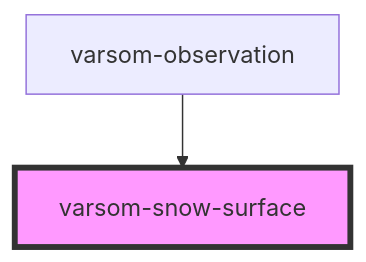
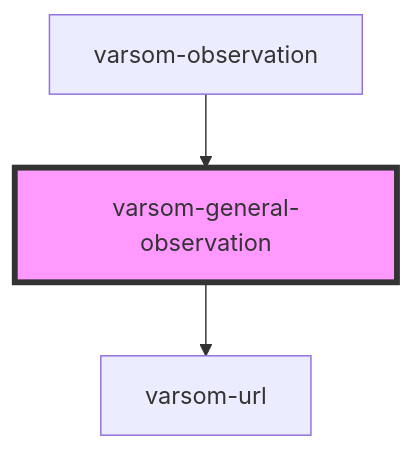
One commit to NVE/varsom-observation changed the diagram in observasjonskort/src/components/varsom-general-observation/readme.md. Above: the diagram before and after it, drawn with Mermaid. The commit also changed other lines of this file and 27 other files, not shown here.

````diff
--- a/observasjonskort/src/components/varsom-general-observation/readme.md
+++ b/observasjonskort/src/components/varsom-general-observation/readme.md
@@ -29,5 +32,6 @@
 ```mermaid
 graph TD;
-  varsom-observation --> varsom-snow-surface
-  style varsom-snow-surface fill:#f9f,stroke:#333,stroke-width:4px
+  varsom-general-observation --> varsom-url
+  varsom-observation --> varsom-general-observation
+  style varsom-general-observation fill:#f9f,stroke:#333,stroke-width:4px
 ```
````
